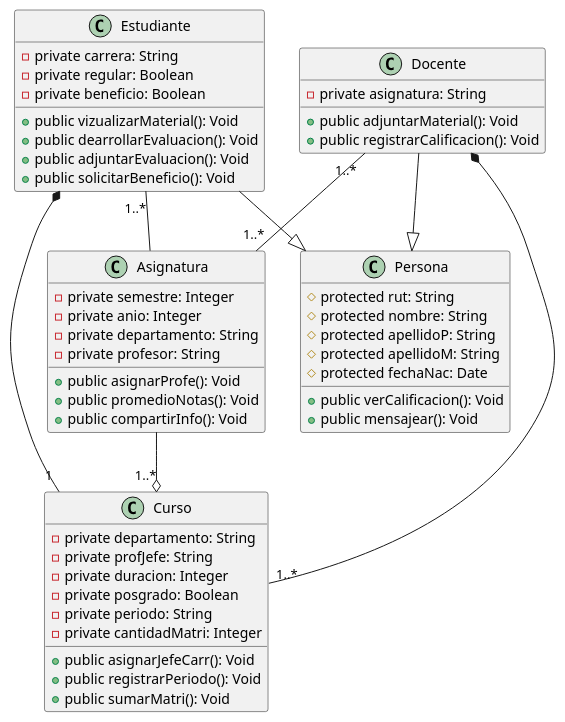
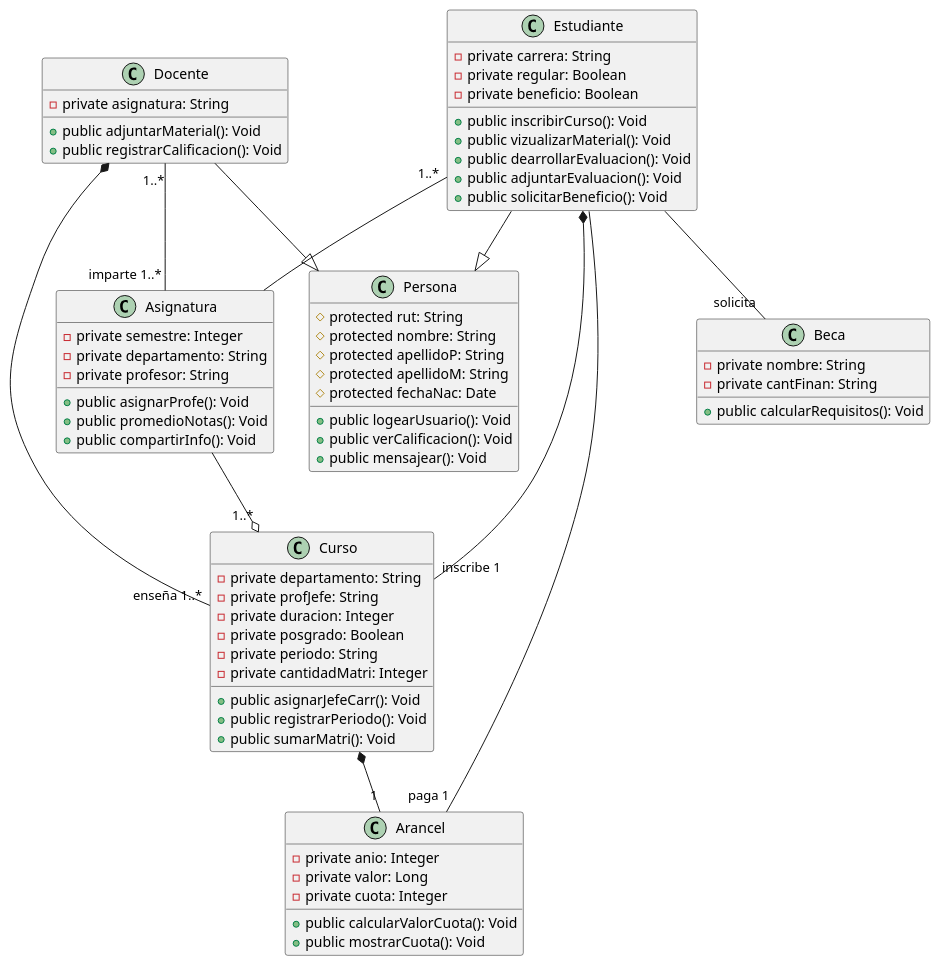
The diagram in evaluacion4POO.puml (beneducarrco99/Evaluaci-n-Sumativa-4-POO), drawn with PlantUML before and after one commit.

```diff
--- a/evaluacion4POO.puml
+++ b/evaluacion4POO.puml
@@ -1,63 +1,83 @@
 @startuml
 class Persona {
     # protected rut: String
     # protected nombre: String
     # protected apellidoP: String
     # protected apellidoM: String
     # protected fechaNac: Date
 
+    + public logearUsuario(): Void
     + public verCalificacion(): Void
     + public mensajear(): Void
 }
 
 class Docente {
     - private asignatura: String
 
     + public adjuntarMaterial(): Void
     + public registrarCalificacion(): Void
 }
 
 class Estudiante {
     - private carrera: String
     - private regular: Boolean
     - private beneficio: Boolean
 
+    + public inscribirCurso(): Void
     + public vizualizarMaterial(): Void
     + public dearrollarEvaluacion(): Void
     + public adjuntarEvaluacion(): Void
     + public solicitarBeneficio(): Void
 }
 
 class Curso {
     - private departamento: String
     - private profJefe: String
     - private duracion: Integer
     - private posgrado: Boolean
     - private periodo: String
     - private cantidadMatri: Integer
 
     + public asignarJefeCarr(): Void
     + public registrarPeriodo(): Void
     + public sumarMatri(): Void
 }
 
 class Asignatura {
     - private semestre: Integer
-    - private anio: Integer
     - private departamento: String
     - private profesor: String
 
     + public asignarProfe(): Void
     + public promedioNotas(): Void
     + public compartirInfo(): Void 
 }
 
+class Arancel {
+    - private anio: Integer
+    - private valor: Long
+    - private cuota: Integer
+    
+    + public calcularValorCuota(): Void
+    + public mostrarCuota(): Void
+}
+
+class Beca {
+    - private nombre: String
+    - private cantFinan: String
+
+    + public calcularRequisitos(): Void
+}
+
 Docente --|> Persona
 Estudiante --|> Persona
 Asignatura --o "1..*" Curso
 Estudiante "1..*" -- Asignatura
-Estudiante *-- "1" Curso
-Docente *-- "1..*" Curso
-Docente "1..*" -- "1..*" Asignatura
+Estudiante *-- "inscribe 1" Curso
+Docente *-- "enseña 1..*" Curso
+Docente "1..*" -- "imparte 1..*" Asignatura
+Estudiante -- "paga 1" Arancel
+Estudiante -- "solicita" Beca
+Curso *-- "1" Arancel
 
 @enduml
```
